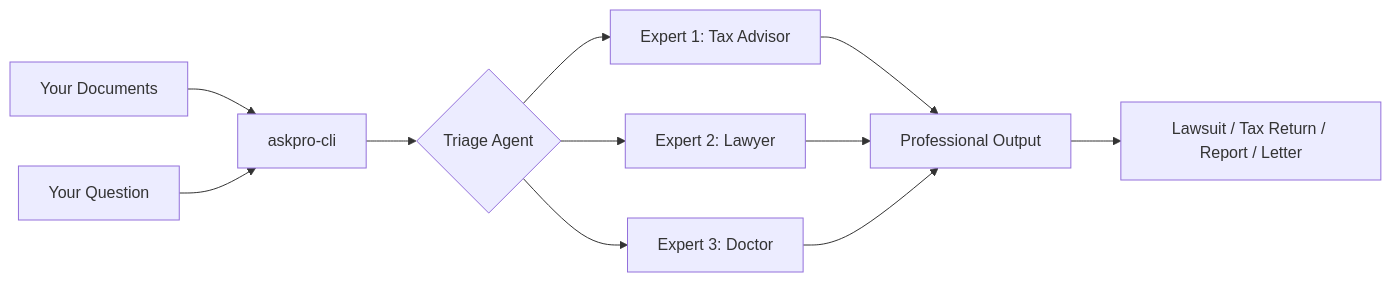
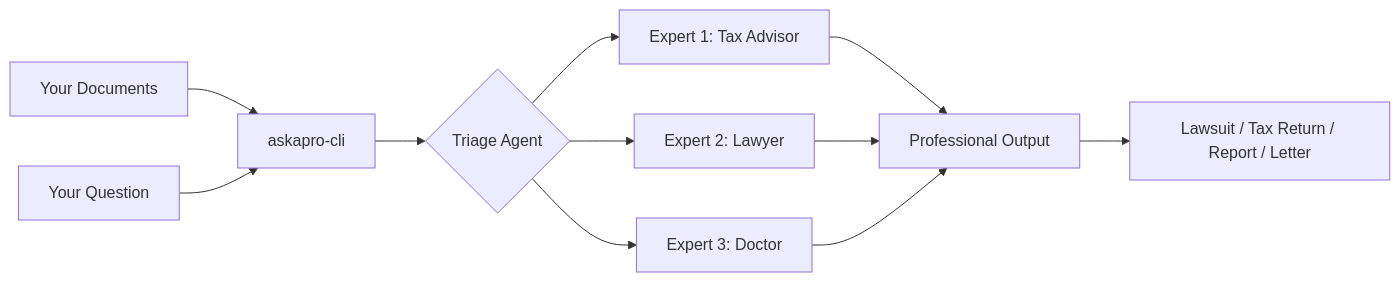
Before and after one commit to marcelrgberger/openai-cli: the first of 5 diagrams in docs/USER_GUIDE.md, drawn with Mermaid. The commit also changed other lines of this file and 1 other file, not shown here.

Commit message:
Update docs to askapro-cli with 85+ roles and GPT-5.4 defaults

````diff
--- a/docs/USER_GUIDE.md
+++ b/docs/USER_GUIDE.md
@@ -30,13 +30,13 @@
 ```mermaid
 graph LR
-    A[Your Documents] --> B[askpro-cli]
+    A[Your Documents] --> B[askapro-cli]
     C[Your Question] --> B
     B --> D{Triage Agent}
     D --> E[Expert 1: Tax Advisor]
     D --> F[Expert 2: Lawyer]
     D --> G[Expert 3: Doctor]
     E --> H[Professional Output]
     F --> H
     G --> H
     H --> I[Lawsuit / Tax Return / Report / Letter]
 ```
````
